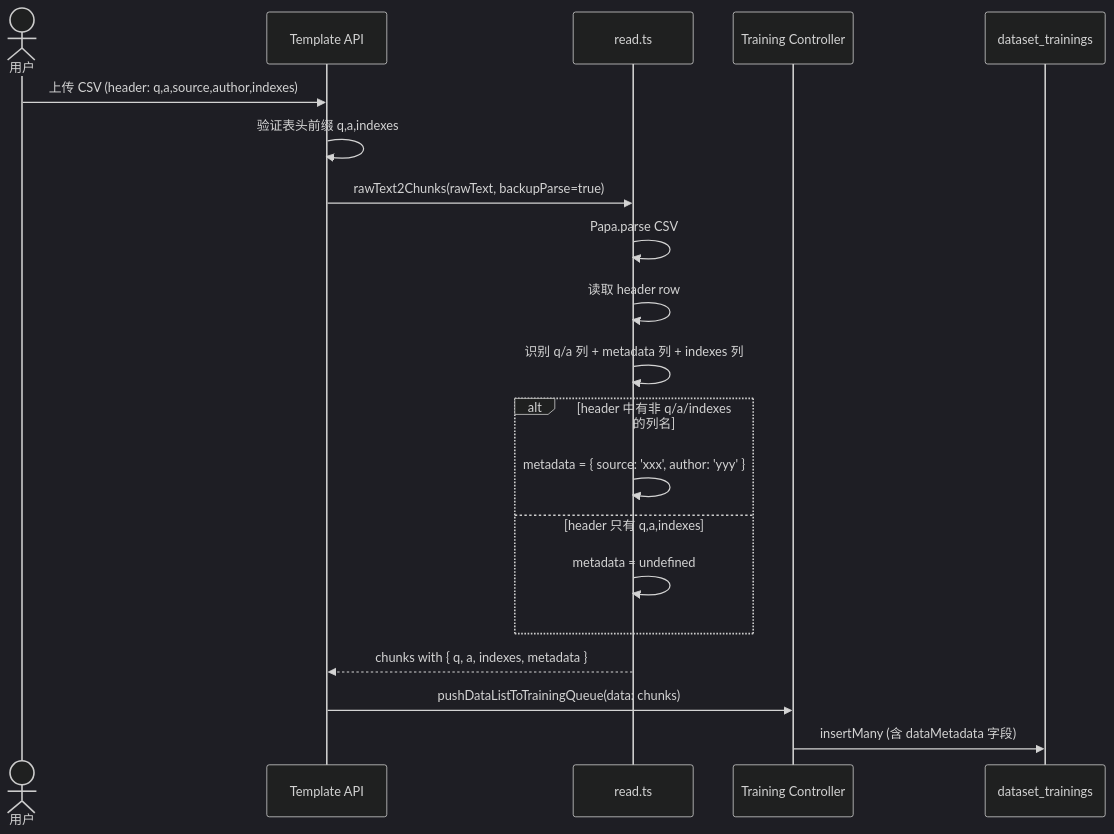
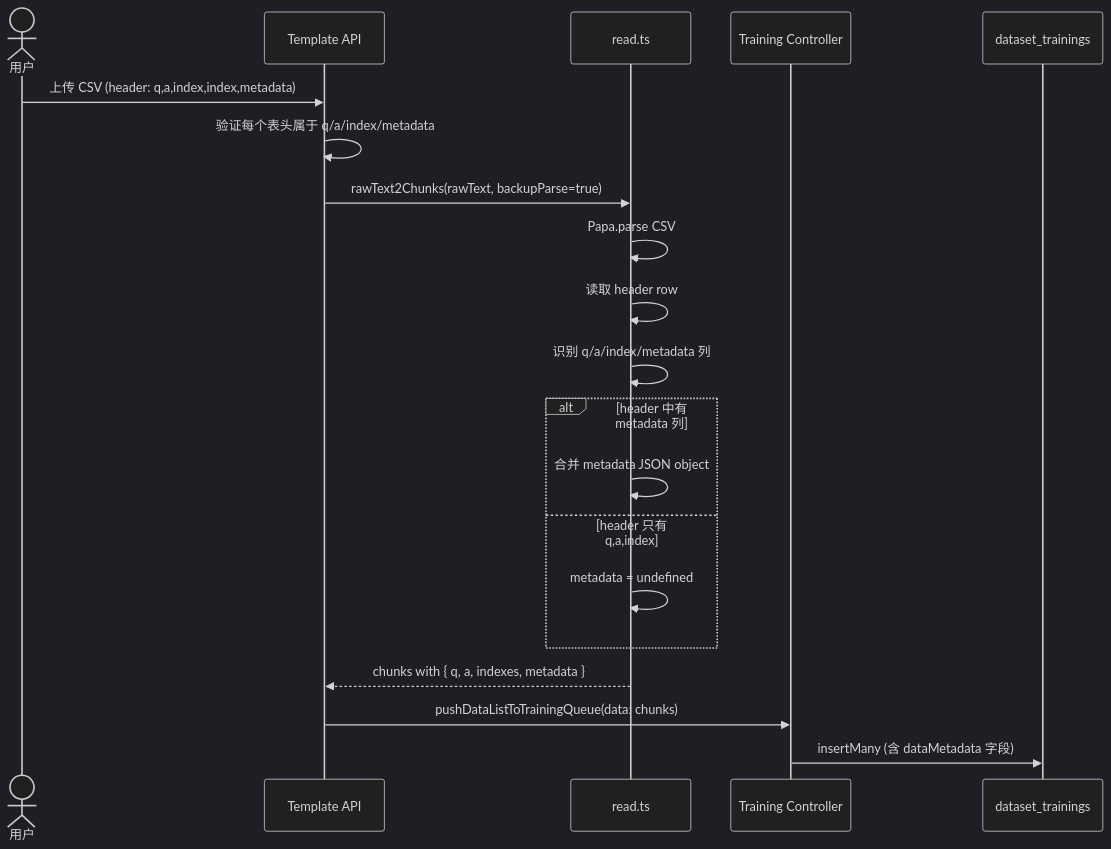
The first of 2 diagrams in .agents/design/2026-07-23-dataset-data-metadata-design.md (labring/FastGPT), drawn with Mermaid (dark theme) before and after one commit. The commit also changed other lines of this file and 12 other files, not shown here.

````diff
--- a/.agents/design/2026-07-23-dataset-data-metadata-design.md
+++ b/.agents/design/2026-07-23-dataset-data-metadata-design.md
@@ -138,25 +138,25 @@
 ```mermaid
 sequenceDiagram
     actor User as 用户
     participant API as Template API
     participant Read as read.ts
     participant Train as Training Controller
     participant DB as dataset_trainings
 
-    User->>API: 上传 CSV (header: q,a,source,author,indexes)
-    API->>API: 验证表头前缀 q,a,indexes
+    User->>API: 上传 CSV (header: q,a,index,index,metadata)
+    API->>API: 验证每个表头属于 q/a/index/metadata
     API->>Read: rawText2Chunks(rawText, backupParse=true)
     Read->>Read: Papa.parse CSV
     Read->>Read: 读取 header row
-    Read->>Read: 识别 q/a 列 + metadata 列 + indexes 列
+    Read->>Read: 识别 q/a/index/metadata 列
 
-    alt header 中有非 q/a/indexes 的列名
-        Read->>Read: metadata = { source: 'xxx', author: 'yyy' }
-    else header 只有 q,a,indexes
+    alt header 中有 metadata 列
+        Read->>Read: 合并 metadata JSON object
+    else header 只有 q,a,index
         Read->>Read: metadata = undefined
     end
 
     Read-->>API: chunks with { q, a, indexes, metadata }
     API->>Train: pushDataListToTrainingQueue(data: chunks)
     Train->>DB: insertMany (含 dataMetadata 字段)
 ```
````
